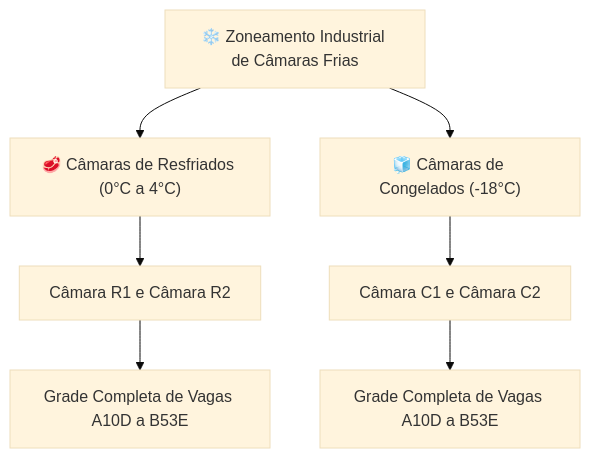
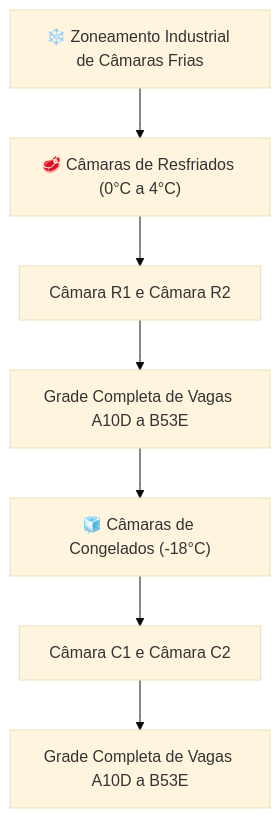
One commit to NaejBarbosa/paletscan-etl changed the second of 2 diagrams in docs/pwa-vagas-zoneamento.md. Above: the diagram before and after it, drawn with Mermaid (base theme). The commit also changed other lines of this file and 4 other files, not shown here.

Commit message:
fix(docs): encadear diagramas em esteiras estritamente verticais para visualizacao mobile perfeita

````diff
--- a/docs/pwa-vagas-zoneamento.md
+++ b/docs/pwa-vagas-zoneamento.md
@@ -39,12 +39,12 @@
 ```mermaid
 flowchart TD
     ZONE["❄️ Zoneamento Industrial de Câmaras Frias"]
     
     ZONE --> R["🥩 Câmaras de Resfriados (0°C a 4°C)"]
     R --> R1["Câmara R1 e Câmara R2"]
     R1 --> VR["Grade Completa de Vagas A10D a B53E"]
     
-    ZONE --> C["🧊 Câmaras de Congelados (-18°C)"]
+    VR --> C["🧊 Câmaras de Congelados (-18°C)"]
     C --> C1["Câmara C1 e Câmara C2"]
     C1 --> VC["Grade Completa de Vagas A10D a B53E"]
 ```
````
